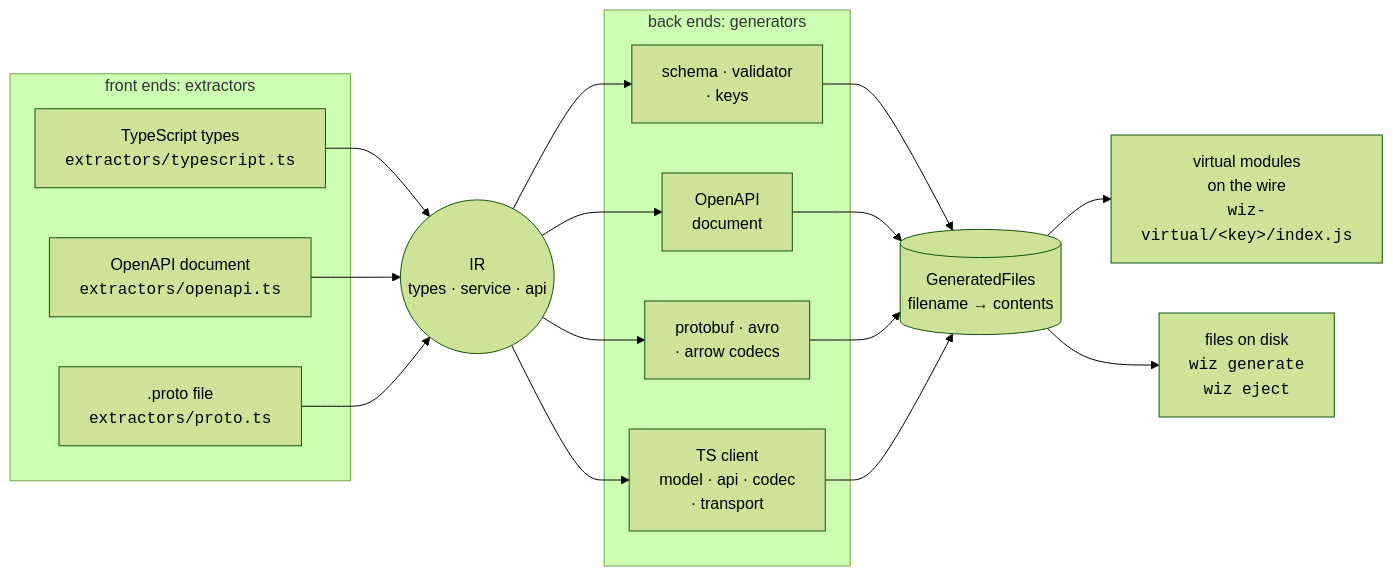
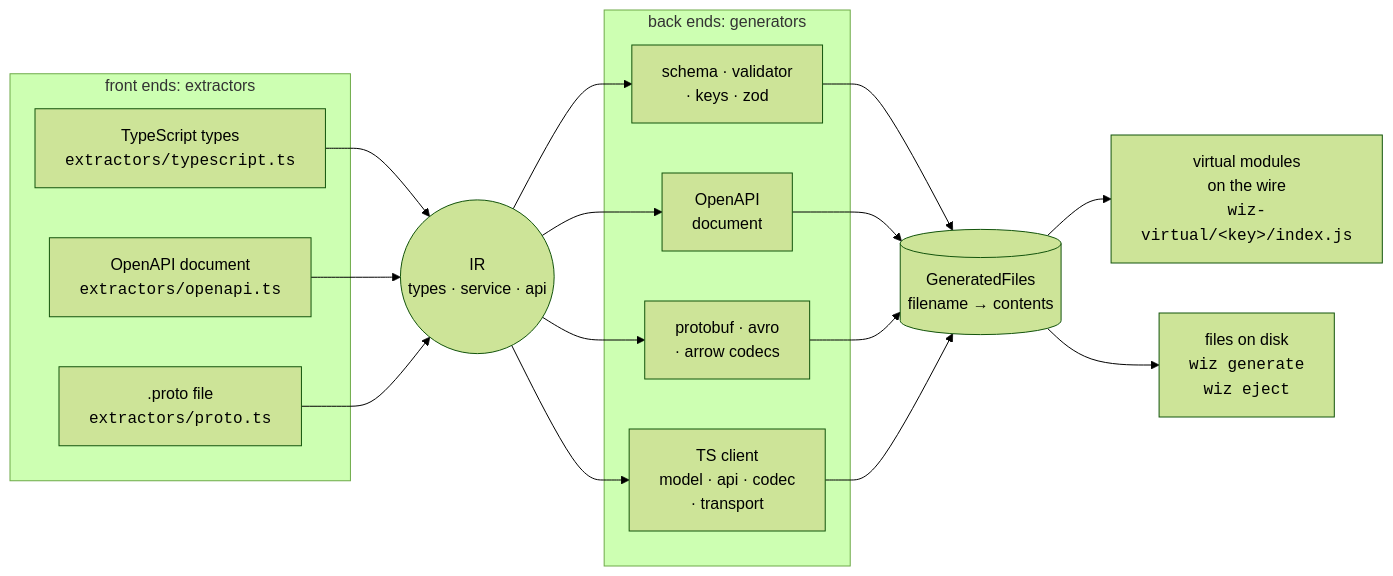
Before and after one commit to lordvlad/Wiz: the diagram in README.md, drawn with Mermaid (forest theme). The commit also changed other lines of this file and 15 other files, not shown here.

````diff
--- a/README.md
+++ b/README.md
@@ -457,36 +476,36 @@
 ```mermaid
 flowchart LR
   subgraph front[front ends: extractors]
     TS["TypeScript types<br><code>extractors/typescript.ts</code>"]
     OA["OpenAPI document<br><code>extractors/openapi.ts</code>"]
     PR[".proto file<br><code>extractors/proto.ts</code>"]
   end
 
   IR(("IR<br>types · service · api"))
 
   subgraph back[back ends: generators]
-    SC["schema · validator<br>· keys"]
+    SC["schema · validator<br>· keys · zod"]
     OP["OpenAPI<br>document"]
     PB["protobuf · avro<br>· arrow codecs"]
     TC["TS client<br>model · api · codec<br>· transport"]
   end
 
   GF[("GeneratedFiles<br>filename → contents")]
 
   VU["virtual modules<br>on the wire<br><code>wiz-virtual/&lt;key&gt;/index.js</code>"]
   FS["files on disk<br><code>wiz generate</code><br><code>wiz eject</code>"]
 
   TS --> IR
   OA --> IR
   PR --> IR
   IR --> SC
   IR --> OP
   IR --> PB
   IR --> TC
   SC --> GF
   OP --> GF
   PB --> GF
   TC --> GF
   GF --> VU
   GF --> FS
 ```
````
